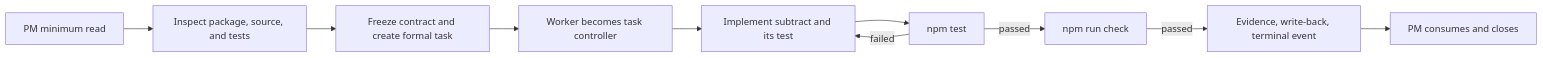
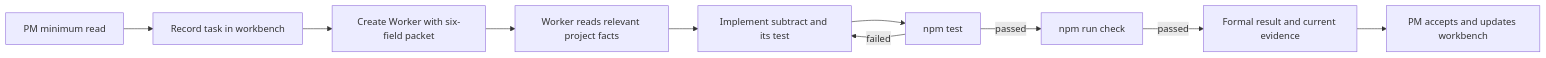
One commit to adubeyond/beyond-ai-collaboration changed the diagram in docs/en/quick-start.md. Above: the diagram before and after it, drawn with Mermaid. The commit also changed other lines of this file and 82 other files, not shown here.

````diff
--- a/docs/en/quick-start.md
+++ b/docs/en/quick-start.md
@@ -107,12 +107,12 @@
 ```mermaid
 flowchart LR
-    A["PM minimum read"] --> B["Inspect package, source, and tests"]
-    B --> C["Freeze contract and create formal task"]
-    C --> D["Worker becomes task controller"]
+    A["PM minimum read"] --> B["Record task in workbench"]
+    B --> C["Create Worker with six-field packet"]
+    C --> D["Worker reads relevant project facts"]
     D --> E["Implement subtract and its test"]
     E --> F["npm test"]
     F -->|"failed"| E
     F -->|"passed"| G["npm run check"]
-    G -->|"passed"| H["Evidence, write-back, terminal event"]
-    H --> I["PM consumes and closes"]
+    G -->|"passed"| H["Formal result and current evidence"]
+    H --> I["PM accepts and updates workbench"]
 ```
````
